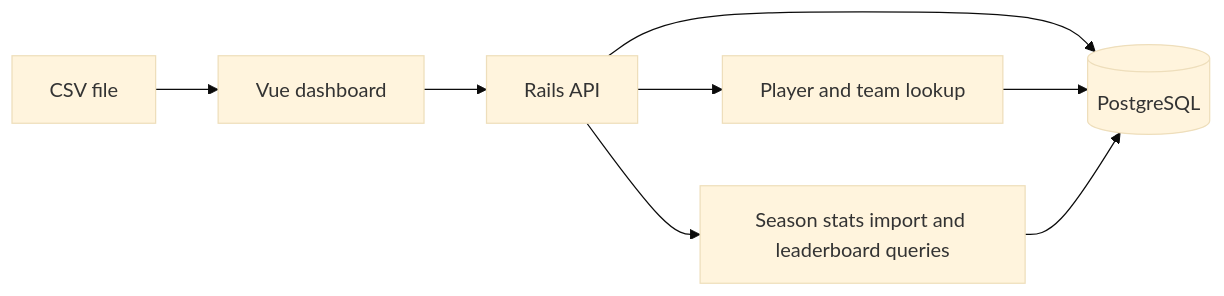
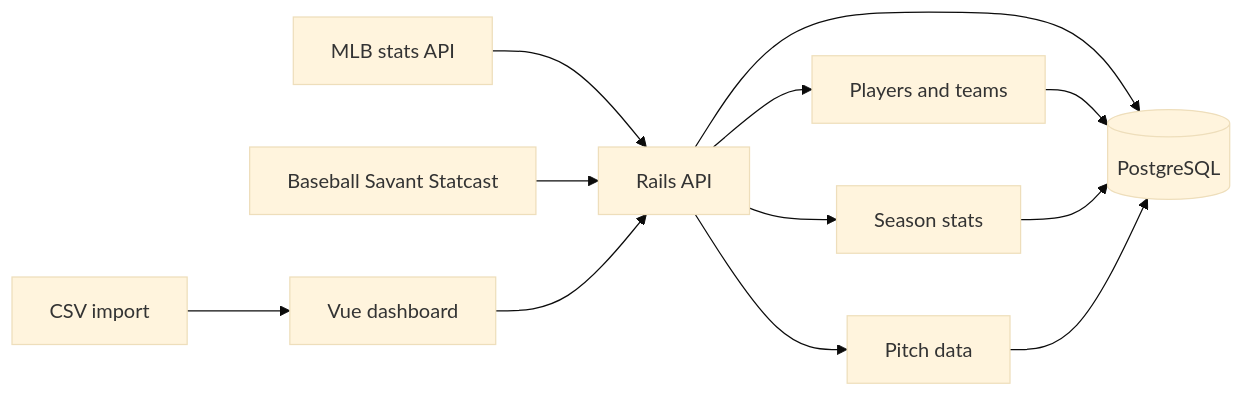
The diagram in README.md (timothyf/diamond-iq), drawn with Mermaid (base theme) before and after one commit. The commit also changed other lines of this file, not shown here.

````diff
--- a/README.md
+++ b/README.md
@@ -20,10 +21,14 @@
 ```mermaid
 flowchart LR
-	CSV[CSV file] --> FE[Vue dashboard]
-	FE --> API[Rails API]
-	API --> DB[(PostgreSQL)]
-	API --> P[Player and team lookup]
-	API --> S[Season stats import and leaderboard queries]
-	P --> DB
-	S --> DB
+  CSV[CSV import] --> FE[Vue dashboard]
+  MLB[MLB stats API] --> API[Rails API]
+  SAVANT[Baseball Savant Statcast] --> API
+  FE --> API
+  API --> DB[(PostgreSQL)]
+  API --> PLAYERS[Players and teams]
+  API --> SEASONS[Season stats]
+  API --> PITCHES[Pitch data]
+  PLAYERS --> DB
+  SEASONS --> DB
+  PITCHES --> DB
 ```
````
